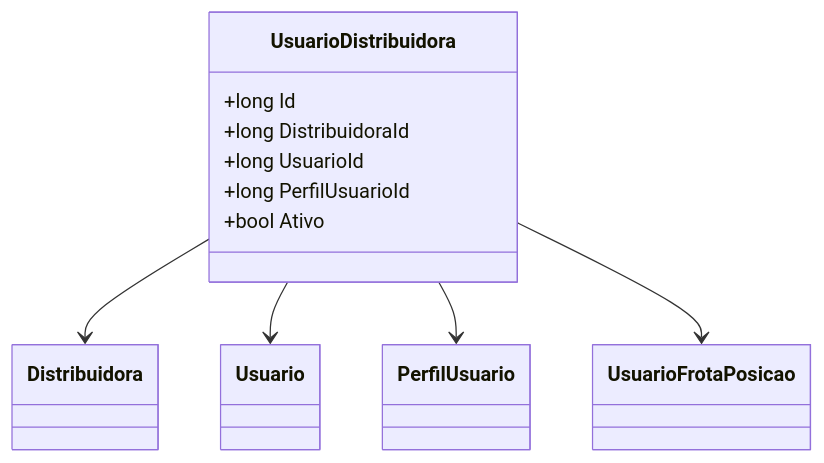
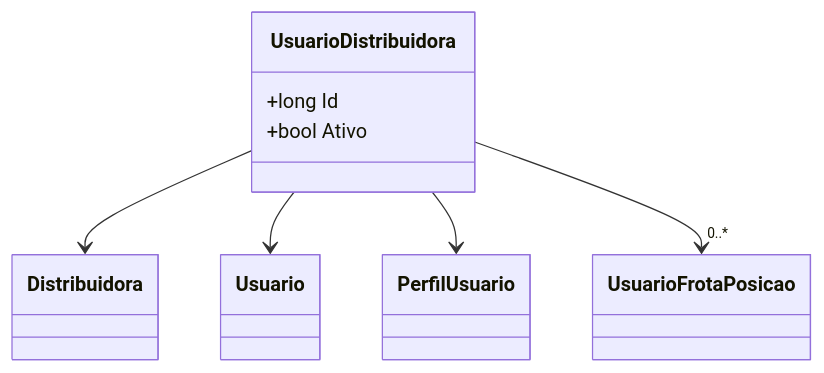
One commit to IsthmusSistemas/documentacao-tecnica changed the diagram in docs/b2b-dominio/IsthmusWinthor.Nucleo/IsthmusWinthor.Dominio/Entidades/UsuarioDistribuidora.md. Above: the diagram before and after it, drawn with Mermaid. The commit also changed other lines of this file and 882 other files, not shown here.

````diff
--- a/docs/b2b-dominio/IsthmusWinthor.Nucleo/IsthmusWinthor.Dominio/Entidades/UsuarioDistribuidora.md
+++ b/docs/b2b-dominio/IsthmusWinthor.Nucleo/IsthmusWinthor.Dominio/Entidades/UsuarioDistribuidora.md
@@ -30,20 +24,24 @@
 ```mermaid
 classDiagram
     class UsuarioDistribuidora {
         +long Id
-        +long DistribuidoraId
-        +long UsuarioId
-        +long PerfilUsuarioId
         +bool Ativo
     }
+    
+    class Distribuidora {
+    }
 
-    class Distribuidora
-    class Usuario
-    class PerfilUsuario
-    class UsuarioFrotaPosicao
+    class Usuario {
+    }
+
+    class PerfilUsuario {
+    }
+
+    class UsuarioFrotaPosicao {
+    }
 
     UsuarioDistribuidora --> Distribuidora
     UsuarioDistribuidora --> Usuario
     UsuarioDistribuidora --> PerfilUsuario
-    UsuarioDistribuidora --> UsuarioFrotaPosicao
+    UsuarioDistribuidora --> "0..*" UsuarioFrotaPosicao
 ```
````
